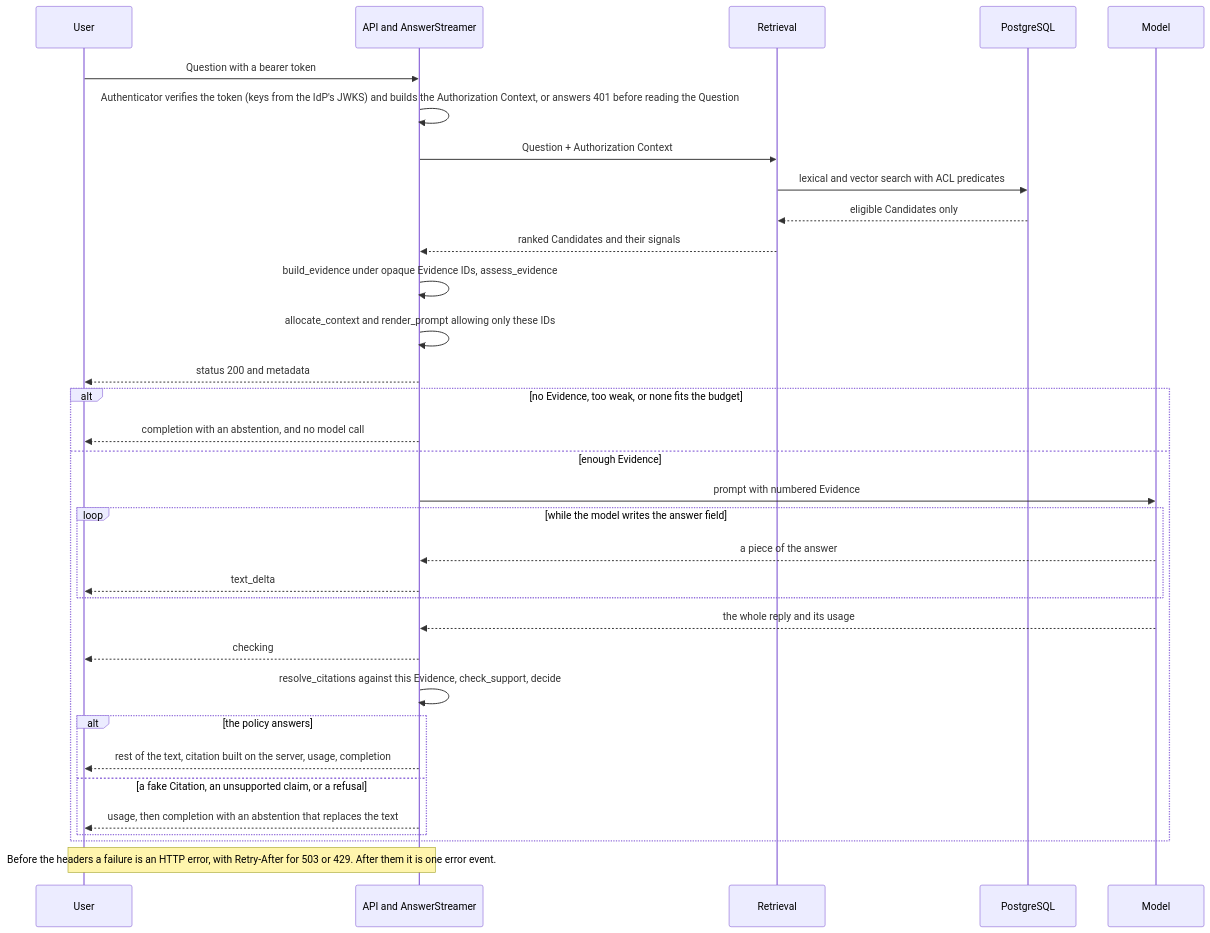
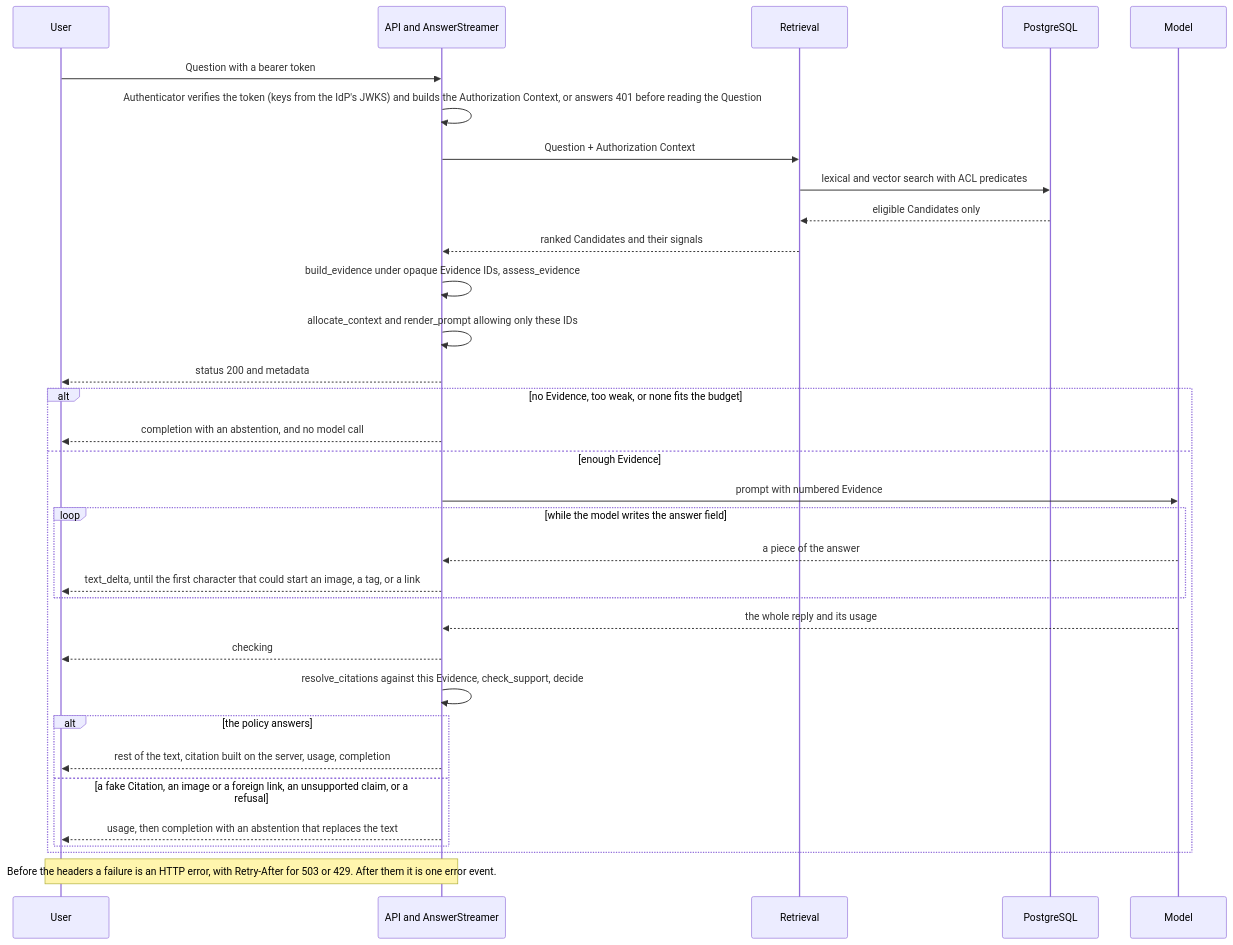
One commit to ivanverenich/knowledge-service changed the tenth of 10 diagrams in docs/architecture.md. Above: the diagram before and after it, drawn with Mermaid. The commit also changed other lines of this file and 11 other files, not shown here.

````diff
--- a/docs/architecture.md
+++ b/docs/architecture.md
@@ -406,35 +406,35 @@
 ```mermaid
 sequenceDiagram
     participant User
     participant API as API and AnswerStreamer
     participant Retrieval
     participant DB as PostgreSQL
     participant Model
     User->>API: Question with a bearer token
     API->>API: Authenticator verifies the token (keys from the IdP's JWKS) and builds the Authorization Context, or answers 401 before reading the Question
     API->>Retrieval: Question + Authorization Context
     Retrieval->>DB: lexical and vector search with ACL predicates
     DB-->>Retrieval: eligible Candidates only
     Retrieval-->>API: ranked Candidates and their signals
     API->>API: build_evidence under opaque Evidence IDs, assess_evidence
     API->>API: allocate_context and render_prompt allowing only these IDs
     API-->>User: status 200 and metadata
     alt no Evidence, too weak, or none fits the budget
         API-->>User: completion with an abstention, and no model call
     else enough Evidence
         API->>Model: prompt with numbered Evidence
         loop while the model writes the answer field
             Model-->>API: a piece of the answer
-            API-->>User: text_delta
+            API-->>User: text_delta, until the first character that could start an image, a tag, or a link
         end
         Model-->>API: the whole reply and its usage
         API-->>User: checking
         API->>API: resolve_citations against this Evidence, check_support, decide
         alt the policy answers
             API-->>User: rest of the text, citation built on the server, usage, completion
-        else a fake Citation, an unsupported claim, or a refusal
+        else a fake Citation, an image or a foreign link, an unsupported claim, or a refusal
             API-->>User: usage, then completion with an abstention that replaces the text
         end
     end
     Note over API,User: Before the headers a failure is an HTTP error, with Retry-After for 503 or 429. After them it is one error event.
 ```
````
